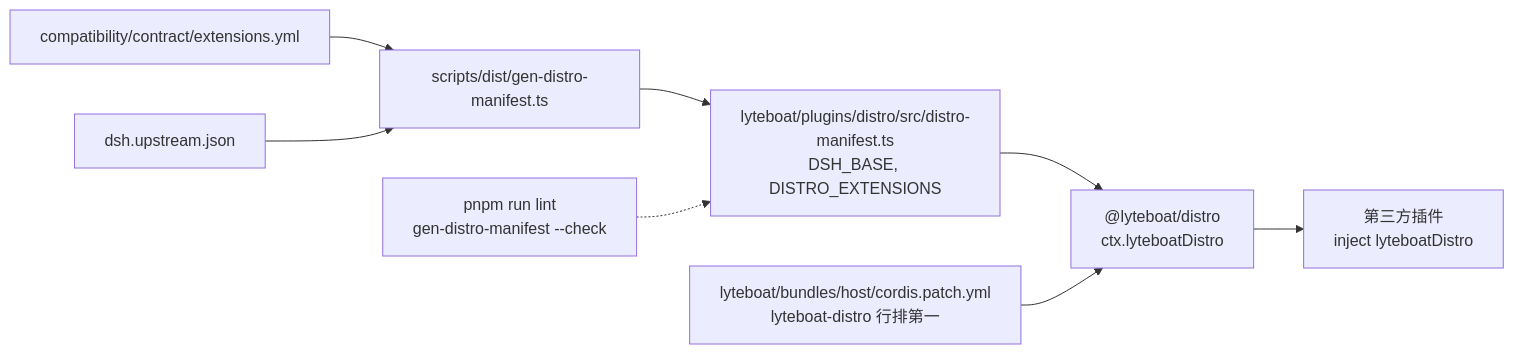
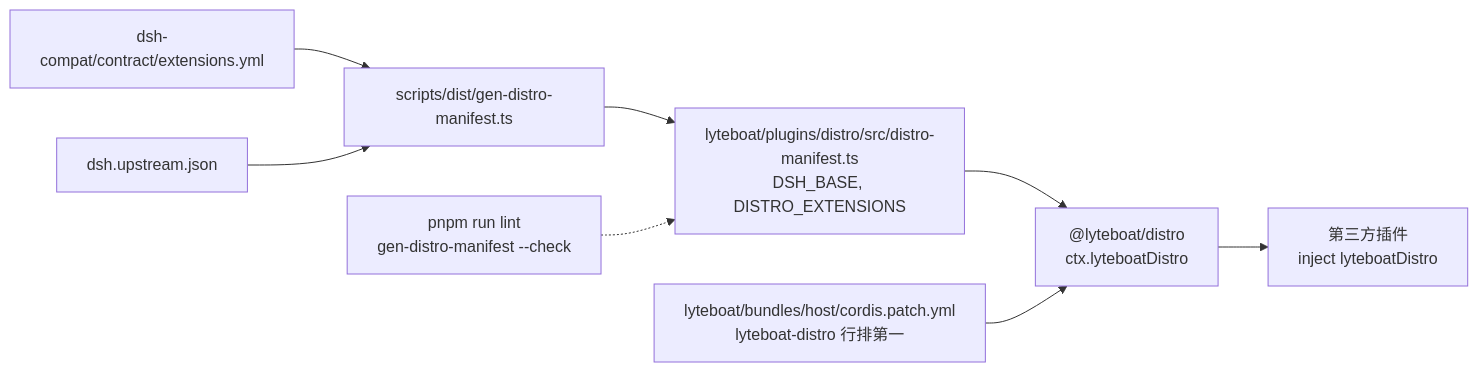
Before and after one commit to lyteboat/boat: the sixth of 13 diagrams in docs/02-distribution.md, drawn with Mermaid. The commit also changed other lines of this file and 44 other files, not shown here.

First line of the commit message:
chore: dsh-compat — the compatibility folder names what it is compatible with

````diff
--- a/docs/02-distribution.md
+++ b/docs/02-distribution.md
@@ -762,10 +762,10 @@
 ```mermaid
 flowchart LR
-  EXT["compatibility/contract/extensions.yml"] --> GEN["scripts/dist/gen-distro-manifest.ts"]
+  EXT["dsh-compat/contract/extensions.yml"] --> GEN["scripts/dist/gen-distro-manifest.ts"]
   PIN["dsh.upstream.json"] --> GEN
   GEN --> MAN["lyteboat/plugins/distro/src/distro-manifest.ts<br/>DSH_BASE, DISTRO_EXTENSIONS"]
   MAN --> SVC["@lyteboat/distro<br/>ctx.lyteboatDistro"]
   HOST["lyteboat/bundles/host/cordis.patch.yml<br/>lyteboat-distro 行排第一"] --> SVC
   SVC --> TP["第三方插件<br/>inject lyteboatDistro"]
   LINT["pnpm run lint<br/>gen-distro-manifest --check"] -.-> MAN
 ```
````
